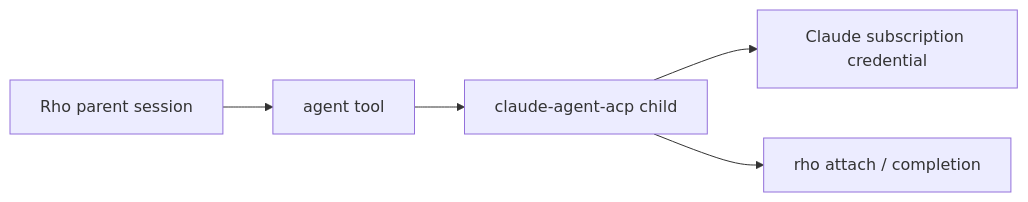
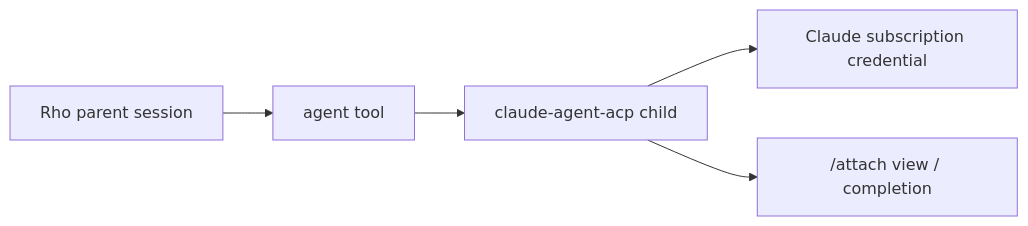
The first of 2 diagrams in docs/subagents/claude-cli.md (matthewyjiang/rho), drawn with Mermaid before and after one commit. The commit also changed other lines of this file and 39 other files, not shown here.

First line of the commit message:
refactor(attach): drop the file-reading rho attach command

````diff
--- a/docs/subagents/claude-cli.md
+++ b/docs/subagents/claude-cli.md
@@ -9,7 +9,7 @@
 ```mermaid
 flowchart LR
     parent[Rho parent session] --> agentTool[agent tool]
     agentTool --> claude[claude-agent-acp child]
     claude --> sub[Claude subscription credential]
-    claude --> attach[rho attach / completion]
+    claude --> attach["/attach view / completion"]
 ```
````
